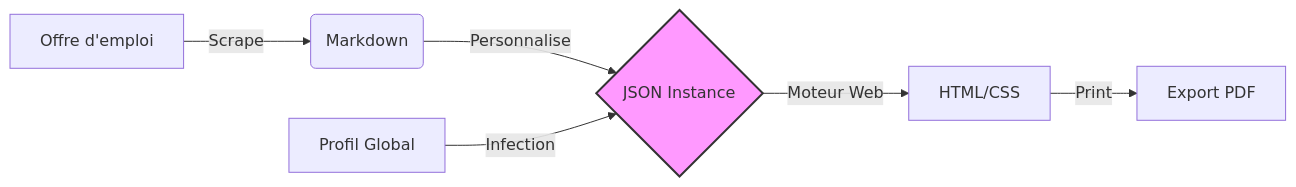
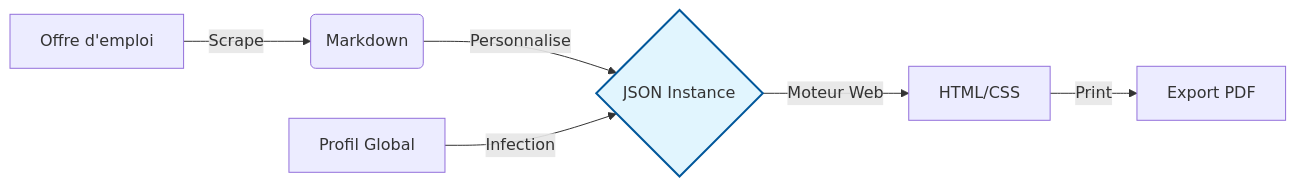
The diagram in README.md (RomeoCavazza/open-cv), drawn with Mermaid before and after one commit. The commit also changed other lines of this file and 2625 other files, not shown here.

````diff
--- a/README.md
+++ b/README.md
@@ -65,9 +67,9 @@
 ```mermaid
 graph LR
     A[Offre d'emploi] -->|Scrape| B(Markdown)
     B -->|Personnalise| C{JSON Instance}
     D[Profil Global] -->|Infection| C
     C -->|Moteur Web| E[HTML/CSS]
     E -->|Print| F[Export PDF]
-    style C fill:#f9f,stroke:#333,stroke-width:2px
+    style C fill:#e1f5fe,stroke:#01579b,stroke-width:2px
 ```
````
